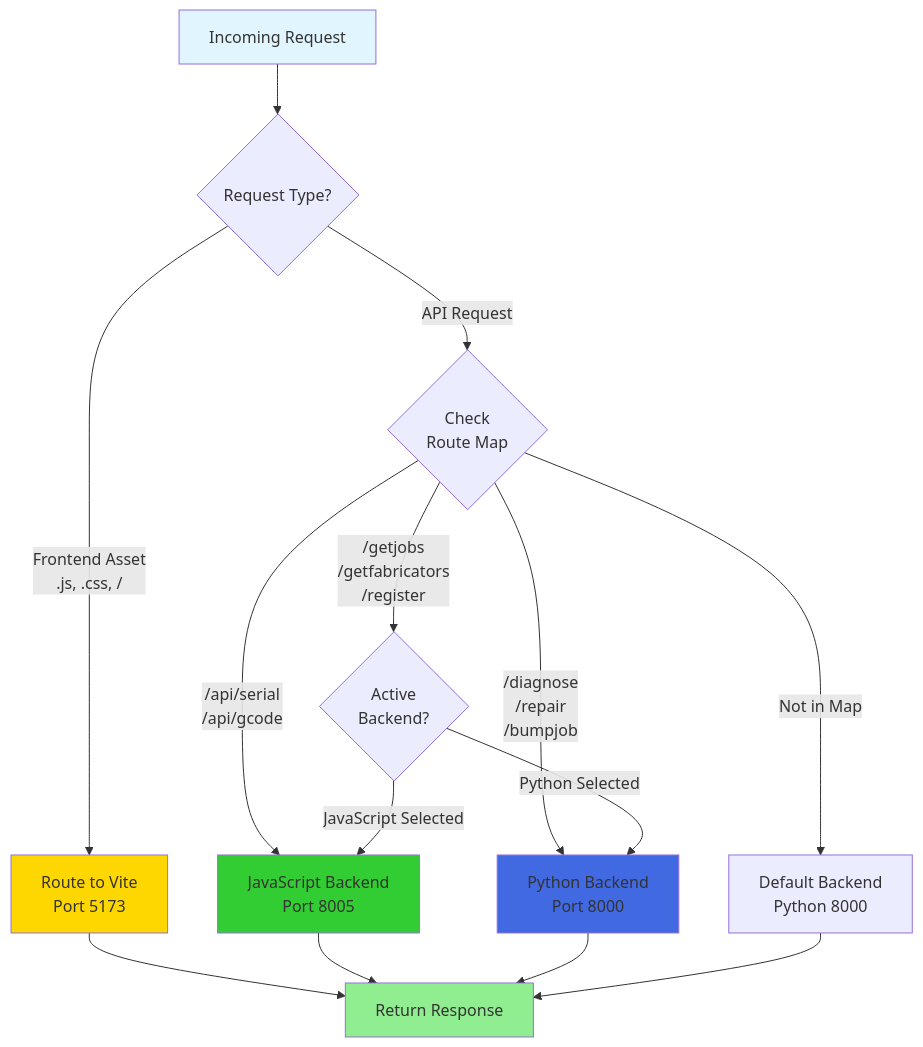
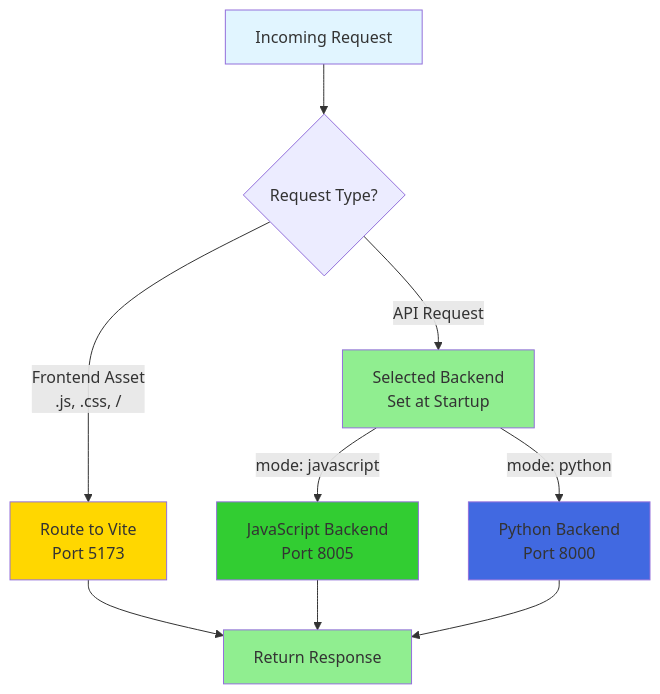
One commit to sunyhydralab/QView3D changed the second of 4 diagrams in middleware.md. Above: the diagram before and after it, drawn with Mermaid. The commit also changed other lines of this file and 4 other files, not shown here.

Commit message:
docs: update documentation to reflect middleware architecture changes

````diff
--- a/middleware.md
+++ b/middleware.md
@@ -393,27 +400,21 @@
 ```mermaid
 flowchart TD
     Start[Incoming Request] --> Check{Request Type?}
 
     Check -->|Frontend Asset<br/>.js, .css, /| Vite[Route to Vite<br/>Port 5173]
-    Check -->|API Request| RouteMap{Check<br/>Route Map}
+    Check -->|API Request| Backend[Selected Backend<br/>Set at Startup]
 
-    RouteMap -->|/api/serial<br/>/api/gcode| JS[JavaScript Backend<br/>Port 8005]
-    RouteMap -->|/diagnose<br/>/repair<br/>/bumpjob| Py[Python Backend<br/>Port 8000]
-    RouteMap -->|/getjobs<br/>/getfabricators<br/>/register| Either{Active<br/>Backend?}
-
-    Either -->|Python Selected| Py
-    Either -->|JavaScript Selected| JS
-
-    RouteMap -->|Not in Map| Default[Default Backend<br/>Python 8000]
+    Backend -->|mode: python| Py[Python Backend<br/>Port 8000]
+    Backend -->|mode: javascript| JS[JavaScript Backend<br/>Port 8005]
 
     Vite --> Response[Return Response]
     JS --> Response
     Py --> Response
-    Default --> Response
 
     style Start fill:#e1f5ff
     style Vite fill:#ffd700
+    style Backend fill:#90ee90
     style JS fill:#32cd32
     style Py fill:#4169e1
     style Response fill:#90ee90
 ```
````
